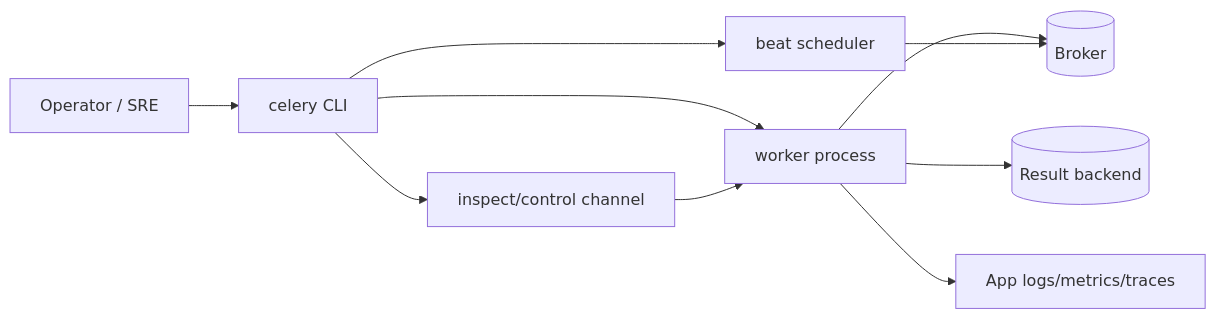
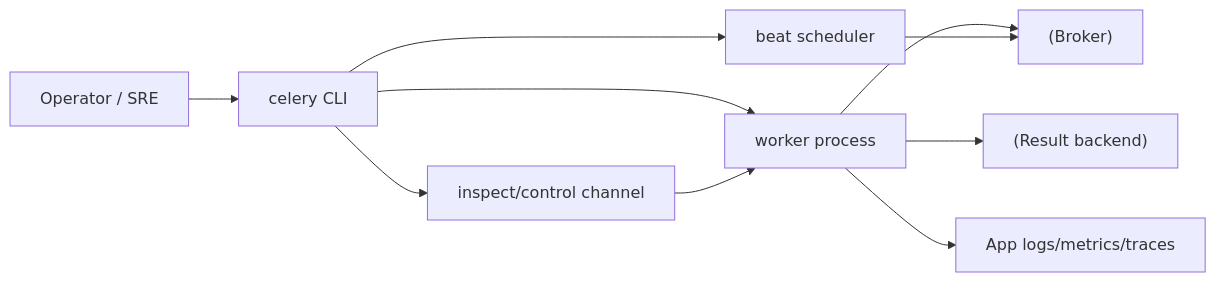
The diagram in directions/services/celery/pact/28_cli_i_operacionnyy_kontur/09_28_skvoznaya_model_cli_operatsiy_celery.md (DDoSKudya/ai-study-atlas), drawn with Mermaid before and after one commit. The commit also changed 322 other files, not shown here.

Commit message:
fix(docs): make mermaid diagrams GitHub-compatible across directions content

````diff
--- a/directions/services/celery/pact/28_cli_i_operacionnyy_kontur/09_28_skvoznaya_model_cli_operatsiy_celery.md
+++ b/directions/services/celery/pact/28_cli_i_operacionnyy_kontur/09_28_skvoznaya_model_cli_operatsiy_celery.md
@@ -6,12 +6,12 @@
 ```mermaid
 flowchart LR
-    A[Operator / SRE] --> B[celery CLI]
-    B --> C[worker process]
-    B --> D[beat scheduler]
-    B --> E[inspect/control channel]
-    C --> F[(Broker)]
+    A["Operator / SRE"] --> B["celery CLI"]
+    B --> C["worker process"]
+    B --> D["beat scheduler"]
+    B --> E["inspect/control channel"]
+    C --> F["(Broker)"]
     D --> F
     E --> C
-    C --> G[(Result backend)]
-    C --> H[App logs/metrics/traces]
+    C --> G["(Result backend)"]
+    C --> H["App logs/metrics/traces"]
 ```
````
